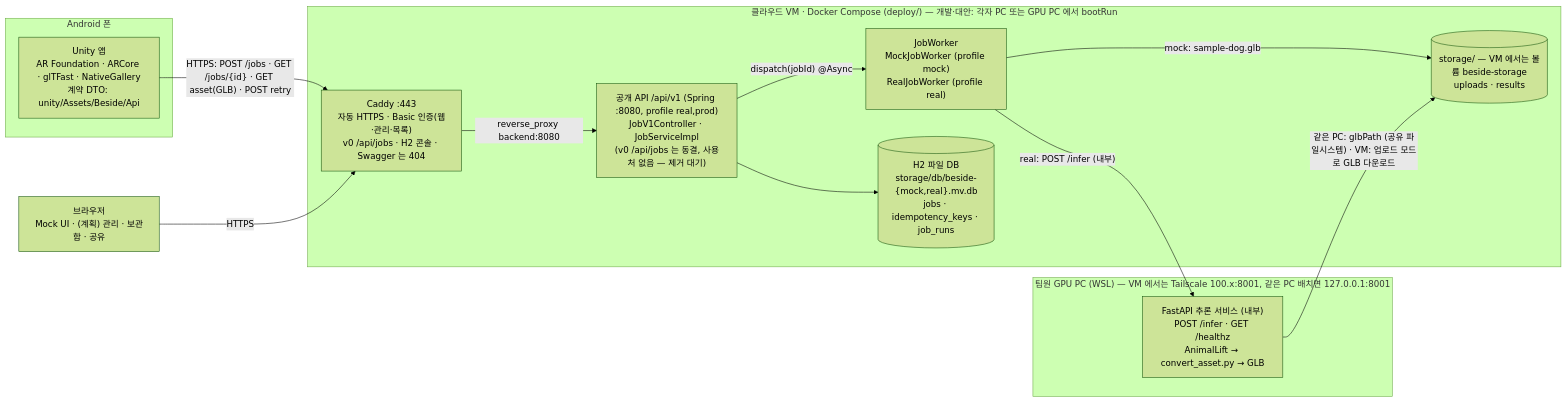
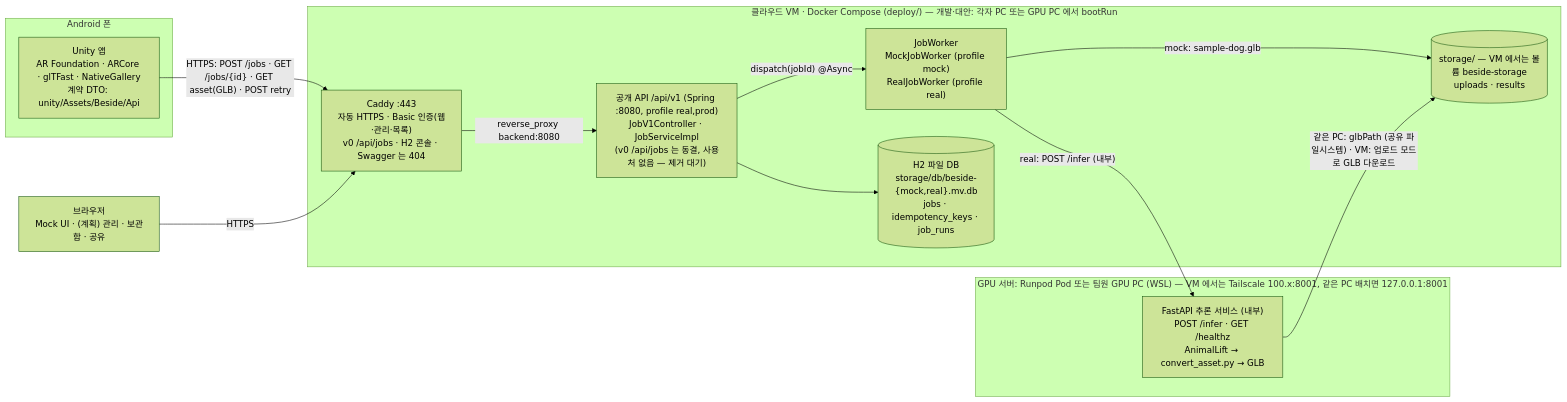
Before and after one commit to minwoo3717/Beside: the first of 3 diagrams in docs/ARCHITECTURE.md, drawn with Mermaid (forest theme). The commit also changed other lines of this file and 3 other files, not shown here.

First line of the commit message:
[Backend] 문서: GPU 를 Runpod Pod + Pod 안 Tailscale 로(2026-11-13 결정) — ARCHITECTURE '배포 가정'·PLAN 4b·CHECKLIST·ANIMALLIFT_SETUP 이 팀원 GPU PC 기준으로 남아 있어 실제 계획과 어긋나지 않게

````diff
--- a/docs/ARCHITECTURE.md
+++ b/docs/ARCHITECTURE.md
@@ -11,25 +11,25 @@
 ```mermaid
 flowchart LR
     subgraph Phone["Android 폰"]
         U["Unity 앱<br/>AR Foundation · ARCore · glTFast · NativeGallery<br/>계약 DTO: unity/Assets/Beside/Api"]
     end
     B["브라우저<br/>Mock UI · (계획) 관리 · 보관함 · 공유"]
     subgraph Server["클라우드 VM · Docker Compose (deploy/) — 개발·대안: 각자 PC 또는 GPU PC 에서 bootRun"]
         C["Caddy :443<br/>자동 HTTPS · Basic 인증(웹·관리·목록)<br/>v0 /api/jobs · H2 콘솔 · Swagger 는 404"]
         S["공개 API /api/v1 (Spring :8080, profile real,prod)<br/>JobV1Controller · JobServiceImpl<br/>(v0 /api/jobs 는 동결, 사용처 없음 — 제거 대기)"]
         W["JobWorker<br/>MockJobWorker (profile mock)<br/>RealJobWorker (profile real)"]
         FS[("storage/ — VM 에서는 볼륨 beside-storage<br/>uploads · results")]
         DB[("H2 파일 DB<br/>storage/db/beside-{mock,real}.mv.db<br/>jobs · idempotency_keys · job_runs")]
     end
-    subgraph Gpu["팀원 GPU PC (WSL) — VM 에서는 Tailscale 100.x:8001, 같은 PC 배치면 127.0.0.1:8001"]
+    subgraph Gpu["GPU 서버: Runpod Pod 또는 팀원 GPU PC (WSL) — VM 에서는 Tailscale 100.x:8001, 같은 PC 배치면 127.0.0.1:8001"]
         P["FastAPI 추론 서비스 (내부)<br/>POST /infer · GET /healthz<br/>AnimalLift → convert_asset.py → GLB"]
     end
     U -->|"HTTPS: POST /jobs · GET /jobs/{id} · GET asset(GLB) · POST retry"| C
     B -->|"HTTPS"| C
     C -->|"reverse_proxy backend:8080"| S
     S --> DB
     S -->|"dispatch(jobId) @Async"| W
     W -->|"mock: sample-dog.glb"| FS
     W -->|"real: POST /infer (내부)"| P
     P -->|"같은 PC: glbPath (공유 파일시스템) · VM: 업로드 모드로 GLB 다운로드"| FS
 ```
````
